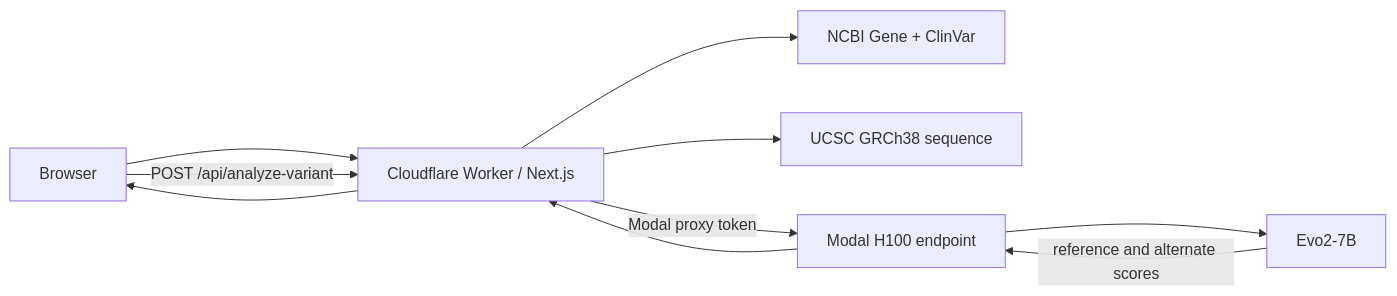
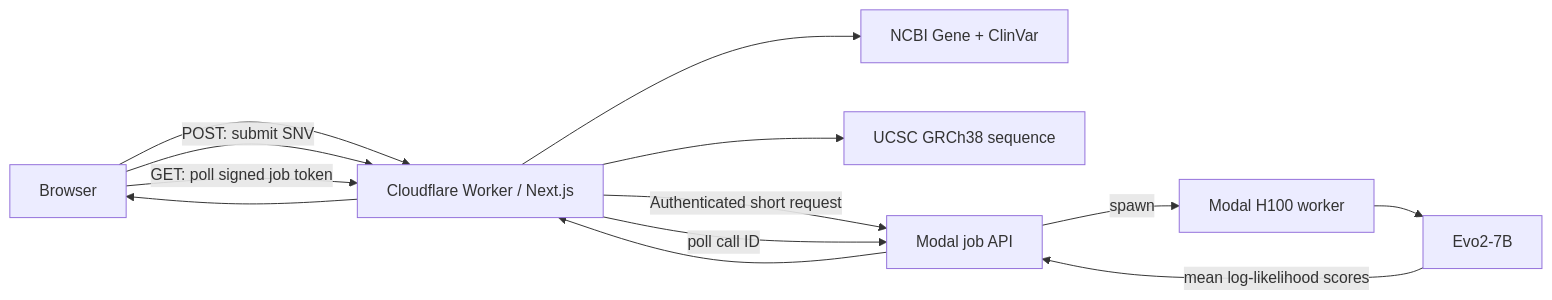
One commit to JarvisZhang24/GeneLM-Evo2 changed the diagram in README.md. Above: the diagram before and after it, drawn with Mermaid. The commit also changed other lines of this file and 14 other files, not shown here.

Commit message:
Complete production GeneLM inference flow

````diff
--- a/README.md
+++ b/README.md
@@ -44,12 +50,15 @@
 ```mermaid
 flowchart LR
     U["Browser"] --> W["Cloudflare Worker / Next.js"]
     W --> N["NCBI Gene + ClinVar"]
     W --> C["UCSC GRCh38 sequence"]
-    U -->|"POST /api/analyze-variant"| W
-    W -->|"Modal proxy token"| M["Modal H100 endpoint"]
+    U -->|"POST: submit SNV"| W
+    W -->|"Authenticated short request"| Q["Modal job API"]
+    Q -->|"spawn"| M["Modal H100 worker"]
     M --> E["Evo2-7B"]
-    E -->|"reference and alternate scores"| M
-    M --> W
+    U -->|"GET: poll signed job token"| W
+    W -->|"poll call ID"| Q
+    E -->|"mean log-likelihood scores"| Q
+    Q --> W
     W --> U
 ```
````
